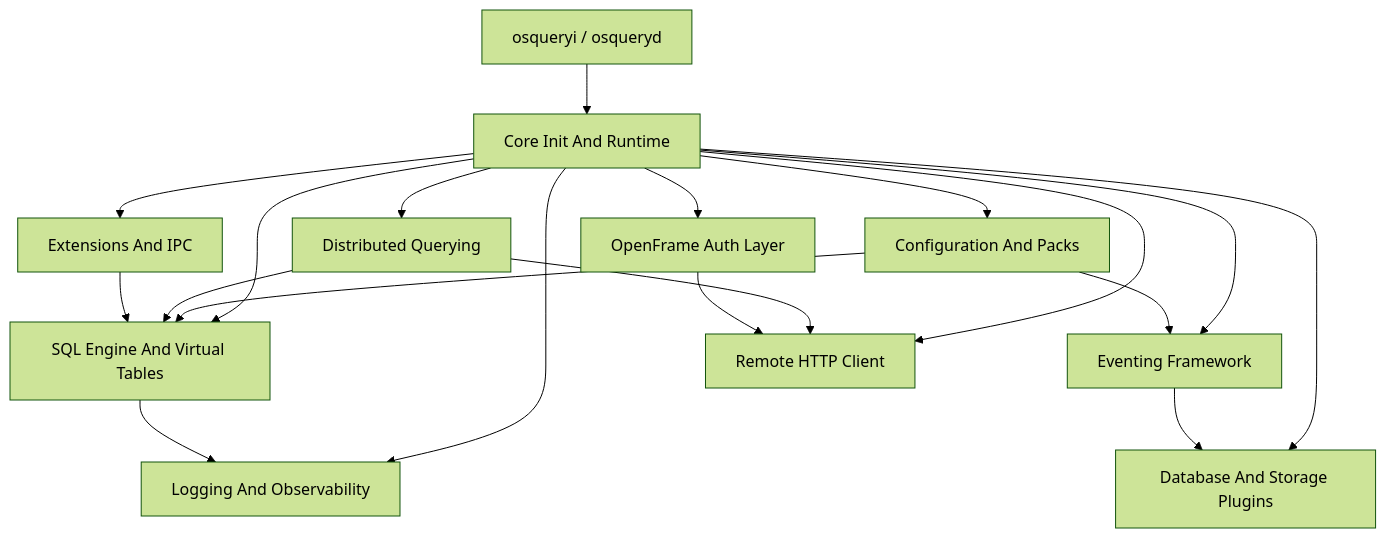
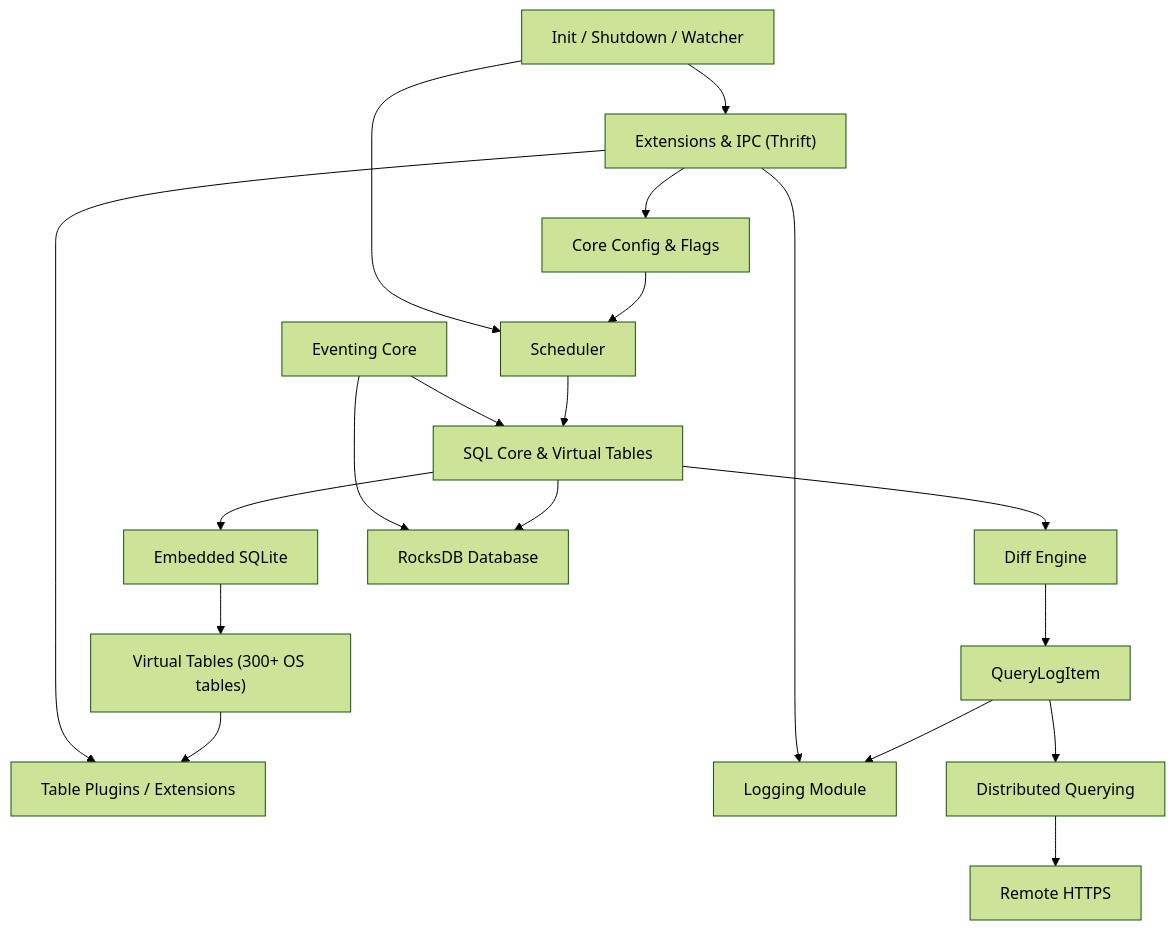
One commit to flamingo-stack/osquery changed the diagram in docs/getting-started/introduction.md. Above: the diagram before and after it, drawn with Mermaid (forest theme). The commit also changed other lines of this file and 388 other files, not shown here.

````diff
--- a/docs/getting-started/introduction.md
+++ b/docs/getting-started/introduction.md
@@ -74,21 +59,29 @@
 ```mermaid
-graph TD
-    CLI["osqueryi / osqueryd"] --> Core["Core Init And Runtime"]
-    Core --> Config["Configuration And Packs"]
-    Core --> SQL["SQL Engine And Virtual Tables"]
-    Core --> Events["Eventing Framework"]
-    Core --> Logging["Logging And Observability"]
-    Core --> DB["Database And Storage Plugins"]
-    Core --> Dist["Distributed Querying"]
-    Core --> Ext["Extensions And IPC"]
-    Core --> HTTP["Remote HTTP Client"]
-    Core --> OF["OpenFrame Auth Layer"]
-    Config --> SQL
-    Config --> Events
-    SQL --> Logging
-    Events --> DB
-    Dist --> SQL
-    Dist --> HTTP
-    Ext --> SQL
-    OF --> HTTP
+flowchart TD
+    Config["Core Config & Flags"] --> Scheduler["Scheduler"]
+    Scheduler --> SQLCore["SQL Core & Virtual Tables"]
+
+    SQLCore --> SQLite["Embedded SQLite"]
+    SQLite --> VTables["Virtual Tables (300+ OS tables)"]
+    VTables --> TablePlugins["Table Plugins / Extensions"]
+
+    SQLCore --> DiffEngine["Diff Engine"]
+    DiffEngine --> LogItem["QueryLogItem"]
+
+    LogItem --> Logging["Logging Module"]
+    LogItem --> Distributed["Distributed Querying"]
+
+    Distributed --> RemoteHTTP["Remote HTTPS"]
+
+    SQLCore --> Database["RocksDB Database"]
+
+    Eventing["Eventing Core"] --> Database
+    Eventing --> SQLCore
+
+    Extensions["Extensions & IPC (Thrift)"] --> TablePlugins
+    Extensions --> Config
+    Extensions --> Logging
+
+    Watcher["Init / Shutdown / Watcher"] --> Scheduler
+    Watcher --> Extensions
 ```
````
